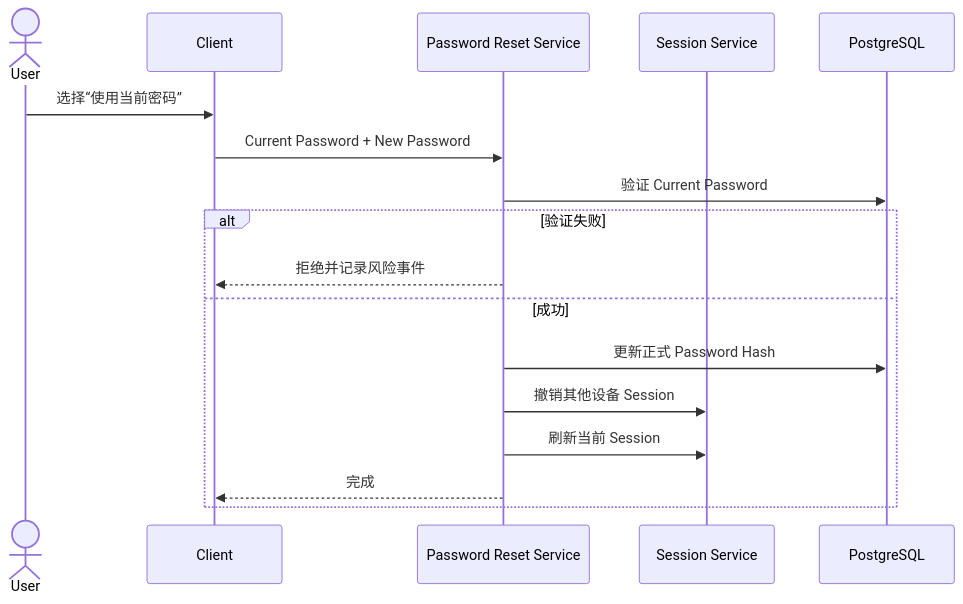
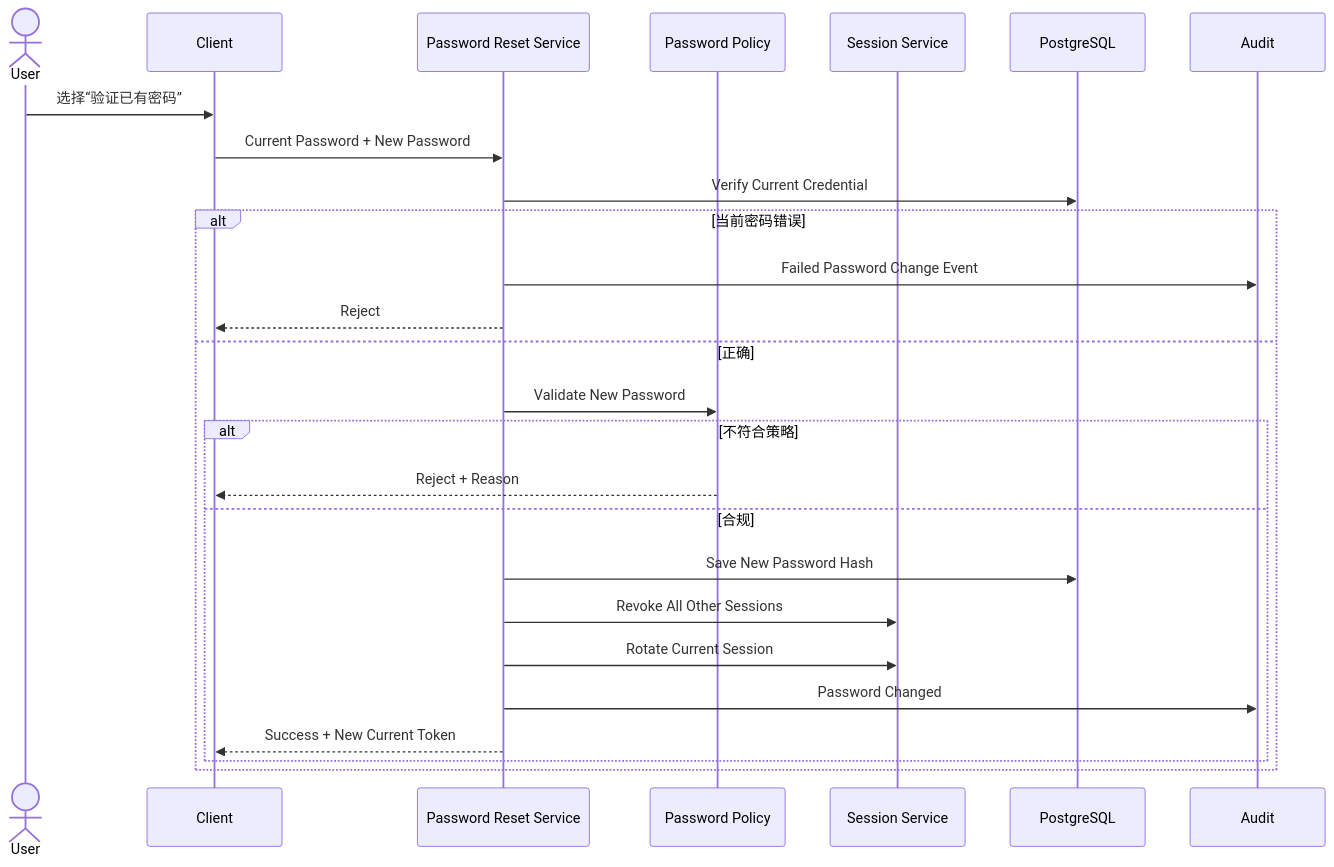
Before and after one commit to sxyq/mastergoods: the second of 7 diagrams in docs/system-design/01-账户与身份/04-密码与账号恢复.md, drawn with Mermaid. The commit also changed other lines of this file and 6 other files, not shown here.

````diff
--- a/docs/system-design/01-账户与身份/04-密码与账号恢复.md
+++ b/docs/system-design/01-账户与身份/04-密码与账号恢复.md
@@ -39,21 +76,31 @@
 ```mermaid
 sequenceDiagram
     actor U as User
     participant C as Client
     participant RESET as Password Reset Service
+    participant POLICY as Password Policy
     participant SESSION as Session Service
     participant DB as PostgreSQL
+    participant AUDIT as Audit
 
-    U->>C: 选择“使用当前密码”
+    U->>C: 选择“验证已有密码”
     C->>RESET: Current Password + New Password
-    RESET->>DB: 验证 Current Password
+    RESET->>DB: Verify Current Credential
 
-    alt 验证失败
-        RESET-->>C: 拒绝并记录风险事件
-    else 成功
-        RESET->>DB: 更新正式 Password Hash
-        RESET->>SESSION: 撤销其他设备 Session
-        RESET->>SESSION: 刷新当前 Session
-        RESET-->>C: 完成
+    alt 当前密码错误
+        RESET->>AUDIT: Failed Password Change Event
+        RESET-->>C: Reject
+    else 正确
+        RESET->>POLICY: Validate New Password
+
+        alt 不符合策略
+            POLICY-->>C: Reject + Reason
+        else 合规
+            RESET->>DB: Save New Password Hash
+            RESET->>SESSION: Revoke All Other Sessions
+            RESET->>SESSION: Rotate Current Session
+            RESET->>AUDIT: Password Changed
+            RESET-->>C: Success + New Current Token
+        end
     end
 ```
````
